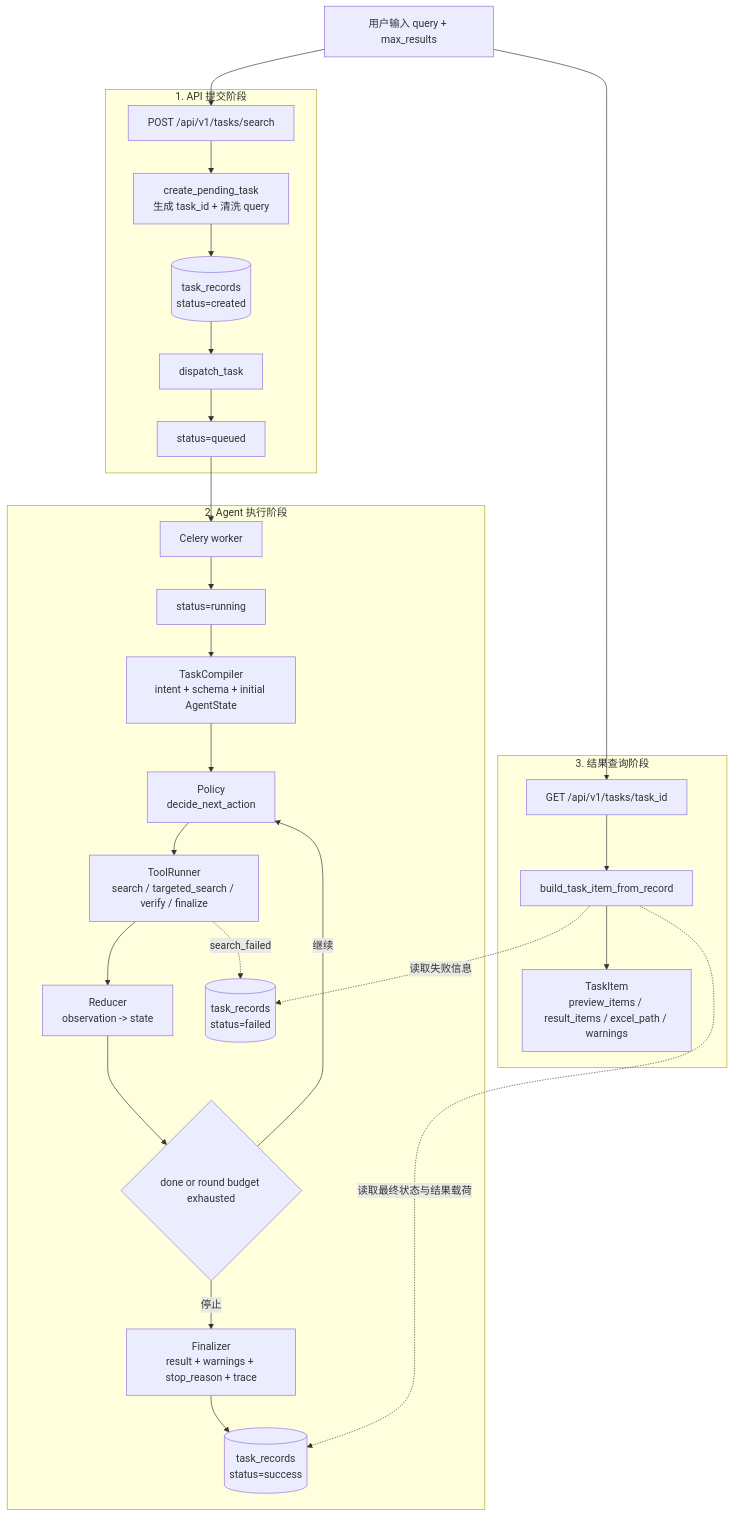
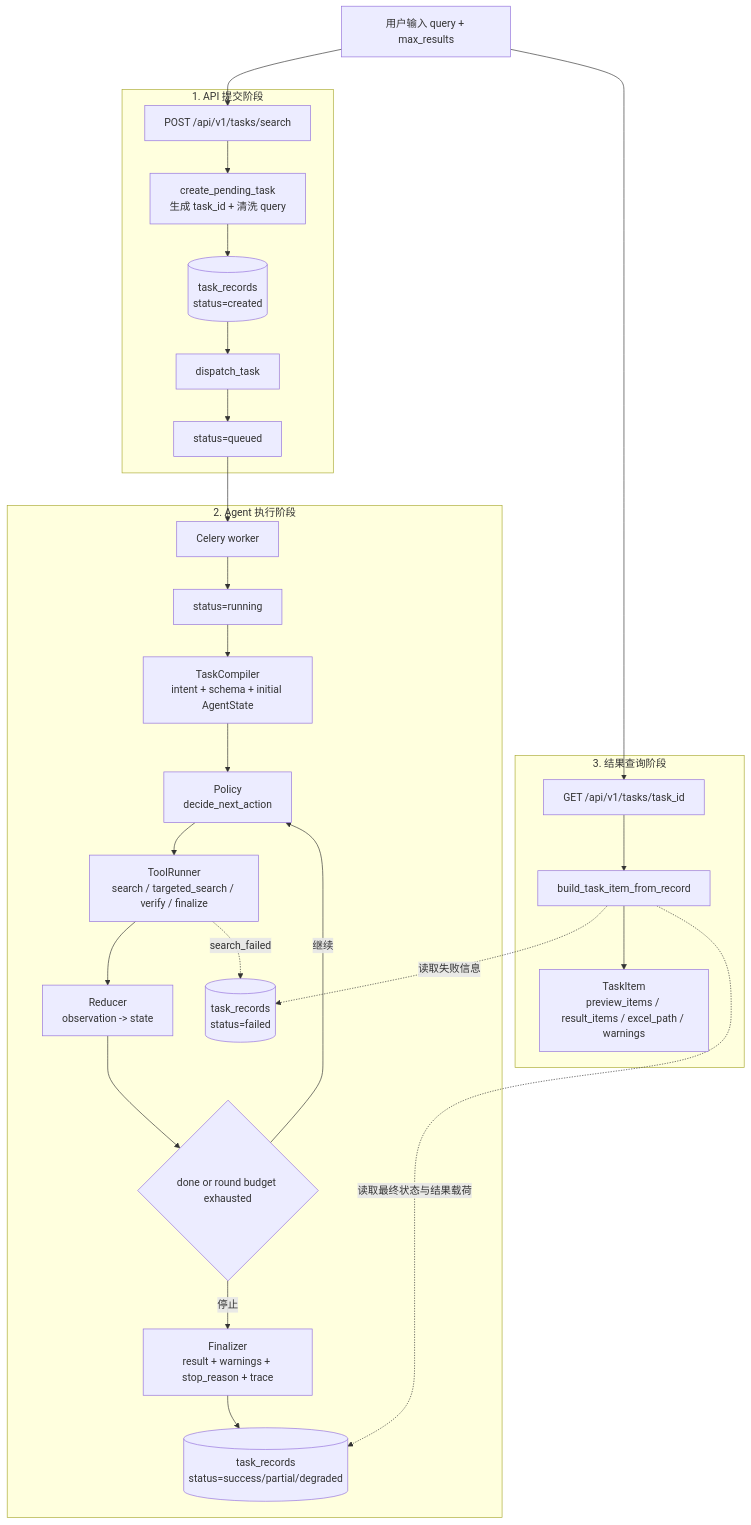
The diagram in README.md (juemimgcd/formatter_agent), drawn with Mermaid before and after one commit. The commit also changed other lines of this file and 20 other files, not shown here.

````diff
--- a/README.md
+++ b/README.md
@@ -85,40 +106,40 @@
 ```mermaid
 flowchart TD
   U[用户输入 query + max_results]
 
   subgraph S1[1. API 提交阶段]
     API[POST /api/v1/tasks/search]
     CREATE[create_pending_task<br/>生成 task_id + 清洗 query]
     DB_CREATED[(task_records<br/>status=created)]
     DISPATCH[dispatch_task]
     QUEUED[status=queued]
   end
 
   subgraph S2[2. Agent 执行阶段]
     WORKER[Celery worker]
     RUNNING[status=running]
     COMPILE[TaskCompiler<br/>intent + schema + initial AgentState]
     POLICY[Policy<br/>decide_next_action]
     TOOL[ToolRunner<br/>search / targeted_search / verify / finalize]
     REDUCE[Reducer<br/>observation -> state]
     DONE{done or round budget exhausted}
     FINAL[Finalizer<br/>result + warnings + stop_reason + trace]
-    DB_SUCCESS[(task_records<br/>status=success)]
+    DB_SUCCESS[(task_records<br/>status=success/partial/degraded)]
     DB_FAILED[(task_records<br/>status=failed)]
   end
 
   subgraph S3[3. 结果查询阶段]
     DETAIL[GET /api/v1/tasks/task_id]
     PRESENT[build_task_item_from_record]
     RESPONSE[TaskItem<br/>preview_items / result_items / excel_path / warnings]
   end
 
   U --> API --> CREATE --> DB_CREATED --> DISPATCH --> QUEUED
   QUEUED --> WORKER --> RUNNING --> COMPILE --> POLICY --> TOOL --> REDUCE --> DONE
   DONE -->|继续| POLICY
   DONE -->|停止| FINAL --> DB_SUCCESS
   TOOL -. search_failed .-> DB_FAILED
   U --> DETAIL --> PRESENT --> RESPONSE
   PRESENT -. 读取最终状态与结果载荷 .-> DB_SUCCESS
   PRESENT -. 读取失败信息 .-> DB_FAILED
 ```
````
